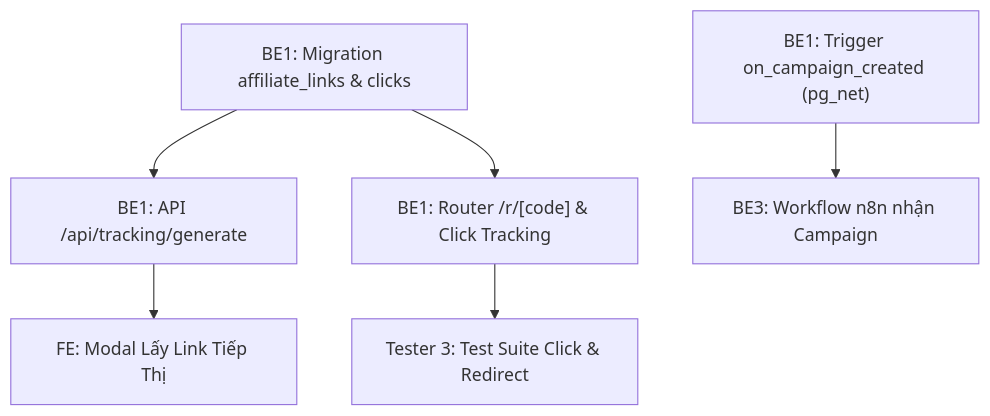
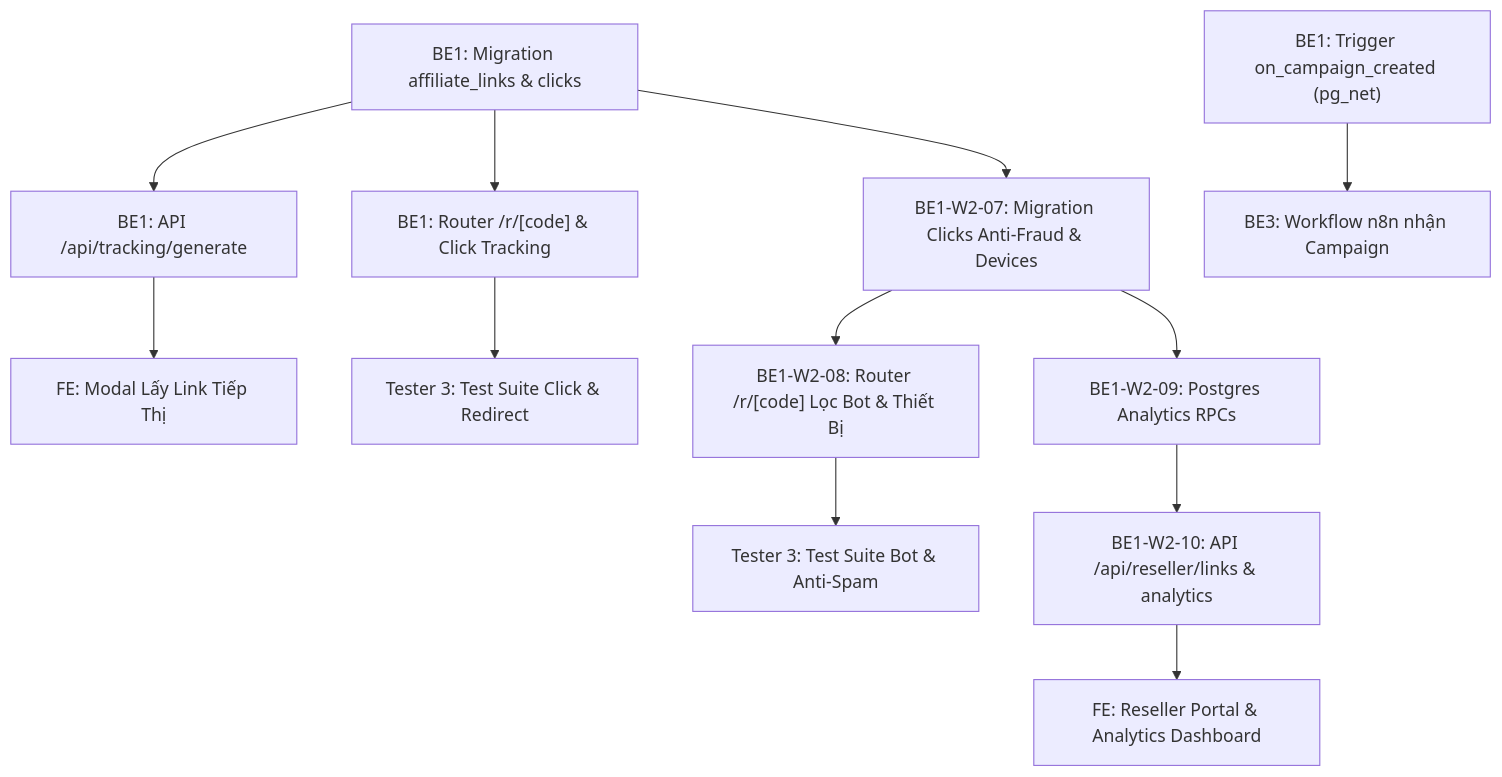
Before and after one commit to NguyenMTue/ai-travel-reseller: the diagram in .ai/process/Week2/BE1_W2.md, drawn with Mermaid. The commit also changed other lines of this file and 2 other files, not shown here.

````diff
--- a/.ai/process/Week2/BE1_W2.md
+++ b/.ai/process/Week2/BE1_W2.md
@@ -95,8 +174,16 @@
 ```mermaid
 flowchart TD
     BE1_Schema["BE1: Migration affiliate_links & clicks"] --> BE1_TrackAPI["BE1: API /api/tracking/generate"]
     BE1_Schema --> BE1_Redirect["BE1: Router /r/[code] & Click Tracking"]
     BE1_TrackAPI --> FE_Modal["FE: Modal Lấy Link Tiếp Thị"]
     BE1_Trigger["BE1: Trigger on_campaign_created (pg_net)"] --> BE3_N8N["BE3: Workflow n8n nhận Campaign"]
     BE1_Redirect --> QA_ClickTest["Tester 3: Test Suite Click & Redirect"]
+    
+    %% Mở rộng Tuần 2 (BE1-W2-07 đến 10)
+    BE1_Schema --> BE1_AntiFraud["BE1-W2-07: Migration Clicks Anti-Fraud & Devices"]
+    BE1_AntiFraud --> BE1_EnhancedRedirect["BE1-W2-08: Router /r/[code] Lọc Bot & Thiết Bị"]
+    BE1_AntiFraud --> BE1_RPC["BE1-W2-09: Postgres Analytics RPCs"]
+    BE1_RPC --> BE1_ResellerAPI["BE1-W2-10: API /api/reseller/links & analytics"]
+    BE1_ResellerAPI --> FE_Dashboard["FE: Reseller Portal & Analytics Dashboard"]
+    BE1_EnhancedRedirect --> QA_BotTest["Tester 3: Test Suite Bot & Anti-Spam"]
 ```
````
